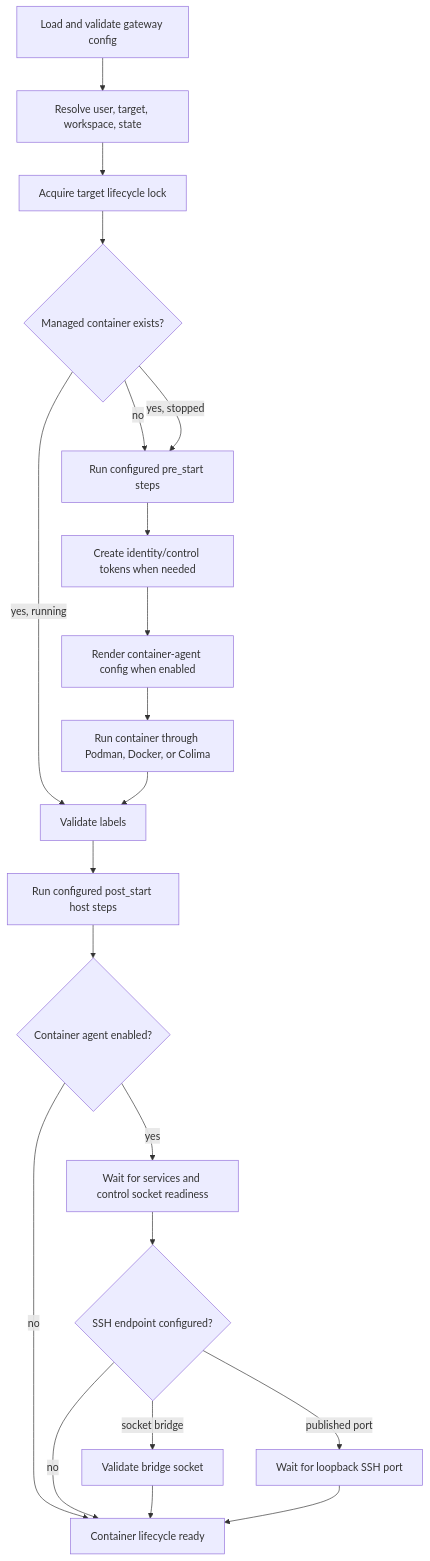
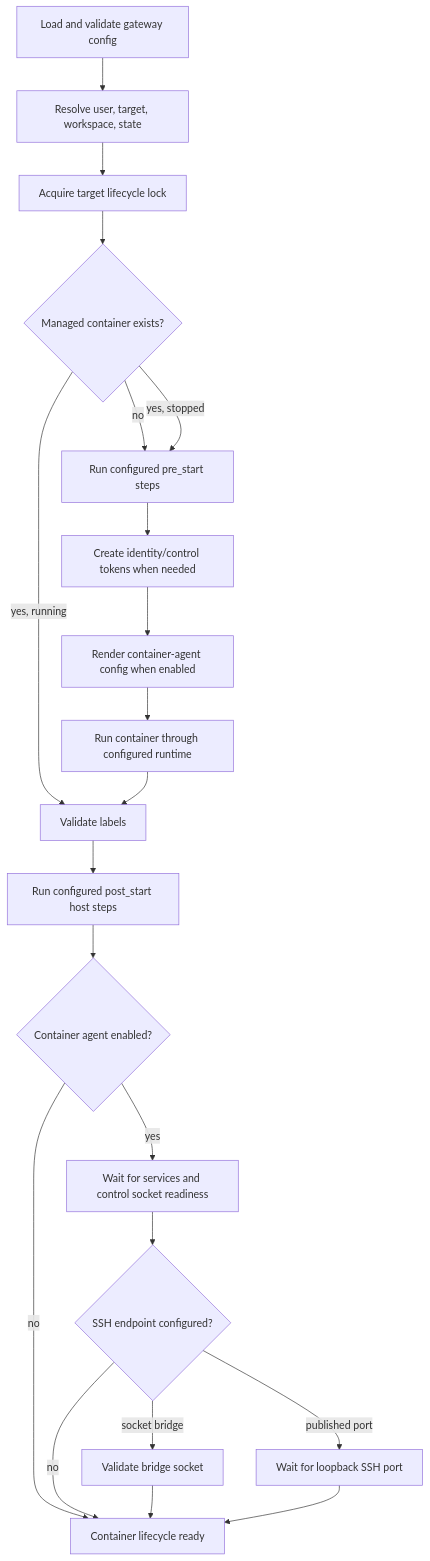
One commit to kcosr/aw-gateway changed the sixth of 8 diagrams in README.md. Above: the diagram before and after it, drawn with Mermaid. The commit also changed other lines of this file and 3 other files, not shown here.

````diff
--- a/README.md
+++ b/README.md
@@ -1965,23 +1972,23 @@
 ```mermaid
 flowchart TD
     A[Load and validate gateway config] --> B[Resolve user, target, workspace, state]
     B --> C[Acquire target lifecycle lock]
     C --> D{Managed container exists?}
     D -- no --> E[Run configured pre_start steps]
     D -- yes, stopped --> E
     D -- yes, running --> I[Validate labels]
     E --> F[Create identity/control tokens when needed]
     F --> G[Render container-agent config when enabled]
-    G --> H[Run container through Podman, Docker, or Colima]
+    G --> H[Run container through configured runtime]
     H --> I
     I --> J[Run configured post_start host steps]
     J --> K{Container agent enabled?}
     K -- yes --> L[Wait for services and control socket readiness]
     K -- no --> M[Container lifecycle ready]
     L --> N{SSH endpoint configured?}
     N -- socket bridge --> O[Validate bridge socket]
     N -- published port --> P[Wait for loopback SSH port]
     N -- no --> M
     O --> M
     P --> M
 ```
````
